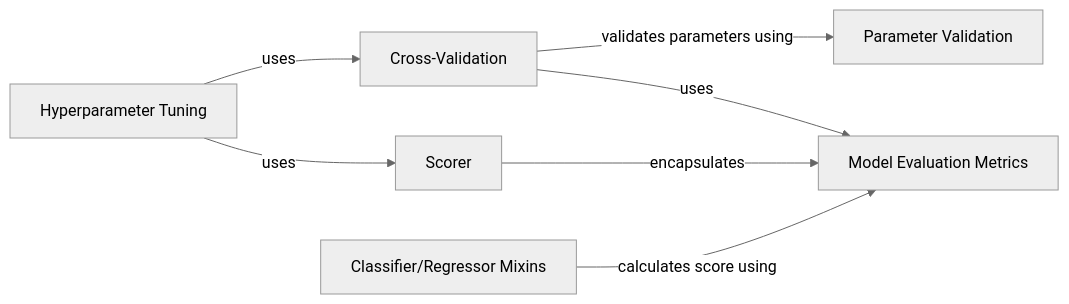
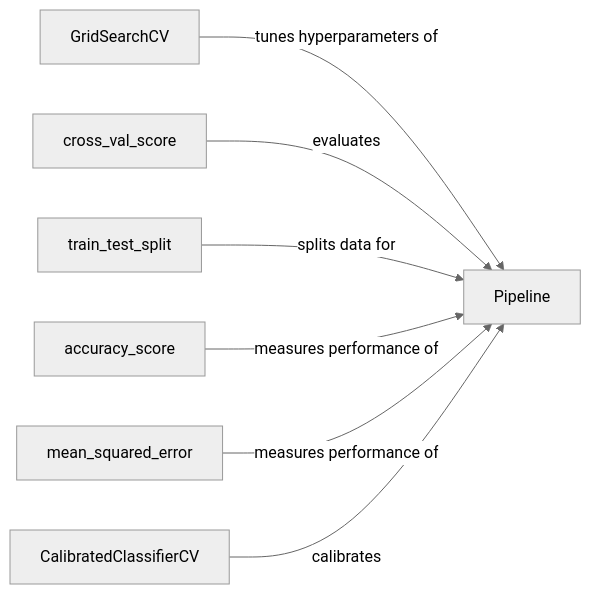
One commit to CodeBoarding/GeneratedOnBoardings changed the diagram in scikit-learn/Model Evaluation and Selection.md. Above: the diagram before and after it, drawn with Mermaid (neutral theme). The commit also changed other lines of this file and 39 other files, not shown here.

````diff
--- a/scikit-learn/Model Evaluation and Selection.md
+++ b/scikit-learn/Model Evaluation and Selection.md
@@ -1,15 +1,16 @@
 ```mermaid
 graph LR
-    Model_Evaluation_Metrics["Model Evaluation Metrics"]
-    Cross_Validation["Cross-Validation"]
-    Hyperparameter_Tuning["Hyperparameter Tuning"]
-    Scorer["Scorer"]
-    Parameter_Validation["Parameter Validation"]
-    Classifier_Regressor_Mixins["Classifier/Regressor Mixins"]
-    Cross_Validation -- "uses" --> Model_Evaluation_Metrics
-    Hyperparameter_Tuning -- "uses" --> Cross_Validation
-    Hyperparameter_Tuning -- "uses" --> Scorer
-    Scorer -- "encapsulates" --> Model_Evaluation_Metrics
-    Cross_Validation -- "validates parameters using" --> Parameter_Validation
-    Classifier_Regressor_Mixins -- "calculates score using" --> Model_Evaluation_Metrics
+    GridSearchCV["GridSearchCV"]
+    cross_val_score["cross_val_score"]
+    train_test_split["train_test_split"]
+    accuracy_score["accuracy_score"]
+    mean_squared_error["mean_squared_error"]
+    CalibratedClassifierCV["CalibratedClassifierCV"]
+    Pipeline["Pipeline"]
+    GridSearchCV -- "tunes hyperparameters of" --> Pipeline
+    cross_val_score -- "evaluates" --> Pipeline
+    train_test_split -- "splits data for" --> Pipeline
+    accuracy_score -- "measures performance of" --> Pipeline
+    mean_squared_error -- "measures performance of" --> Pipeline
+    CalibratedClassifierCV -- "calibrates" --> Pipeline
 ```
````
